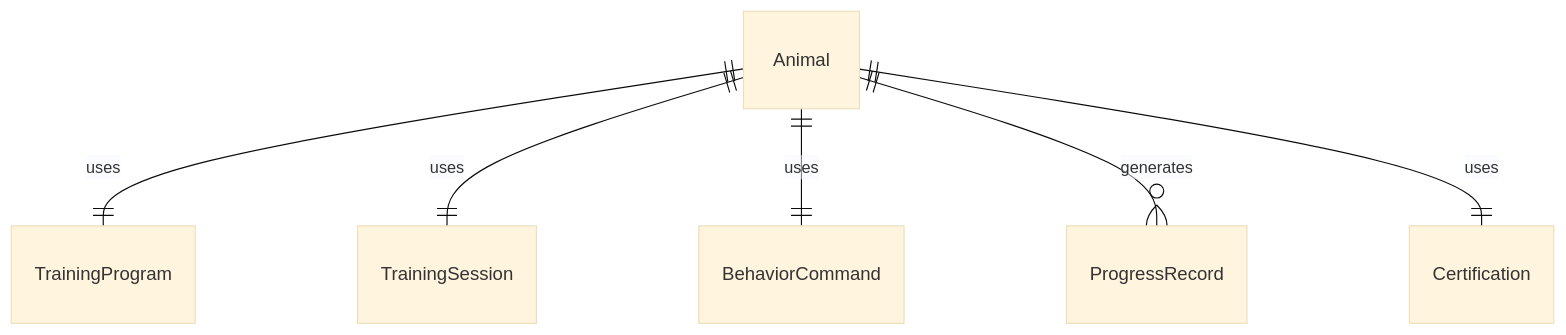
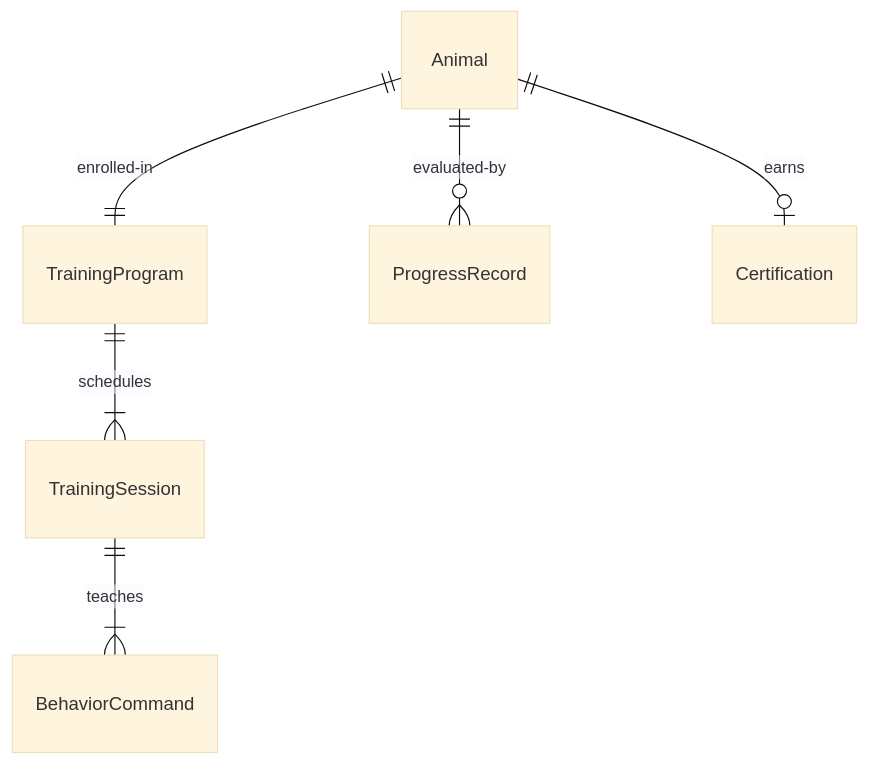
Before and after one commit to dot-org-ai/tasks.org.ai: the first of 4 diagrams in HandlingAndMovingObjects/TrainAnimals/TrainAnimals.mdx, drawn with Mermaid (base theme). The commit also changed other lines of this file and 515 other files, not shown here.

````diff
--- a/HandlingAndMovingObjects/TrainAnimals/TrainAnimals.mdx
+++ b/HandlingAndMovingObjects/TrainAnimals/TrainAnimals.mdx
@@ -88,8 +88,8 @@
 ```mermaid
 erDiagram
-    Animal ||--|| TrainingProgram : "uses"
-    Animal ||--|| TrainingSession : "uses"
-    Animal ||--|| BehaviorCommand : "uses"
-    Animal ||--o{ ProgressRecord : "generates"
-    Animal ||--|| Certification : "uses"
+    Animal ||--|| TrainingProgram : "enrolled-in"
+    TrainingProgram ||--|{ TrainingSession : "schedules"
+    TrainingSession ||--|{ BehaviorCommand : "teaches"
+    Animal ||--o{ ProgressRecord : "evaluated-by"
+    Animal ||--o| Certification : "earns"
 ```
````
